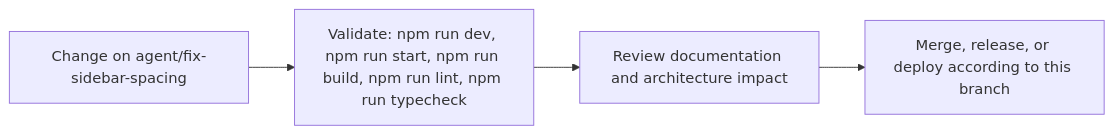
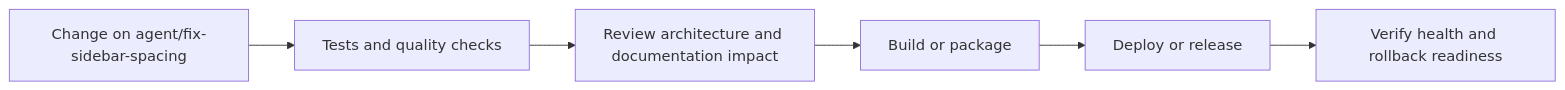
The fourth of 5 diagrams in README.md (Nischhalsubba/BindForge-NW), drawn with Mermaid before and after one commit. The commit also changed other lines of this file, not shown here.

````diff
--- a/README.md
+++ b/README.md
@@ -71,8 +147,8 @@
 ```mermaid
 flowchart LR
-    CHANGE["Change on agent/fix-sidebar-spacing"]
-    CHECK["Validate: npm run dev, npm run start, npm run build, npm run lint, npm run typecheck"]
-    REVIEW["Review documentation and architecture impact"]
-    RELEASE["Merge, release, or deploy according to this branch"]
-    CHANGE --> CHECK --> REVIEW --> RELEASE
+    CHANGE["Change on agent/fix-sidebar-spacing"] --> CHECK["Tests and quality checks"]
+    CHECK --> REVIEW["Review architecture and documentation impact"]
+    REVIEW --> BUILD["Build or package"]
+    BUILD --> DEPLOY["Deploy or release"]
+    DEPLOY --> VERIFY["Verify health and rollback readiness"]
 ```
````
